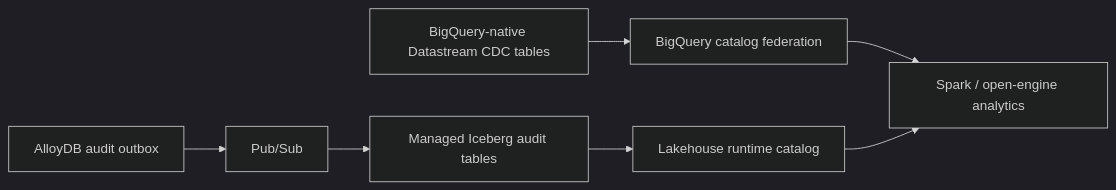
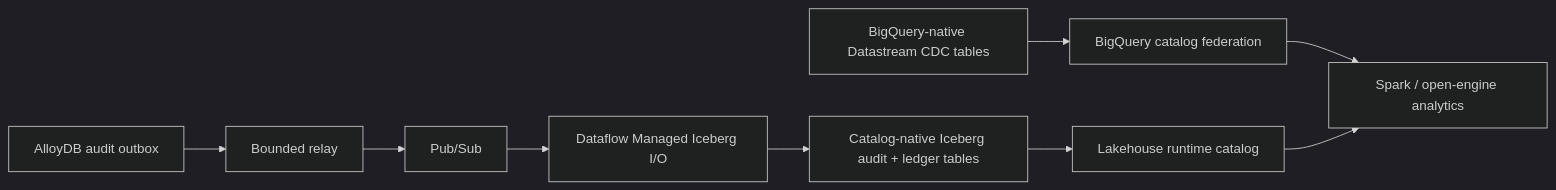
The second of 2 diagrams in docs/architecture/data-platform/apache_iceberg_cdc_datalake_architecture.md (GoogleCloudPlatform/fsi-gecx-bundle), drawn with Mermaid (dark theme) before and after one commit. The commit also changed other lines of this file and 55 other files, not shown here.

Commit message:
feat: stream audit and journal events to Iceberg

````diff
--- a/docs/architecture/data-platform/apache_iceberg_cdc_datalake_architecture.md
+++ b/docs/architecture/data-platform/apache_iceberg_cdc_datalake_architecture.md
@@ -29,8 +29,8 @@
 ```mermaid
 flowchart LR
-    Outbox["AlloyDB audit outbox"] --> PubSub["Pub/Sub"] --> Iceberg["Managed Iceberg audit tables"]
+    Outbox["AlloyDB audit outbox"] --> Relay["Bounded relay"] --> PubSub["Pub/Sub"] --> Dataflow["Dataflow Managed Iceberg I/O"] --> Iceberg["Catalog-native Iceberg audit + ledger tables"]
     Mutable["BigQuery-native Datastream CDC tables"] --> Federation["BigQuery catalog federation"]
     Iceberg --> Catalog["Lakehouse runtime catalog"]
     Federation --> Spark["Spark / open-engine analytics"]
     Catalog --> Spark
 ```
````
